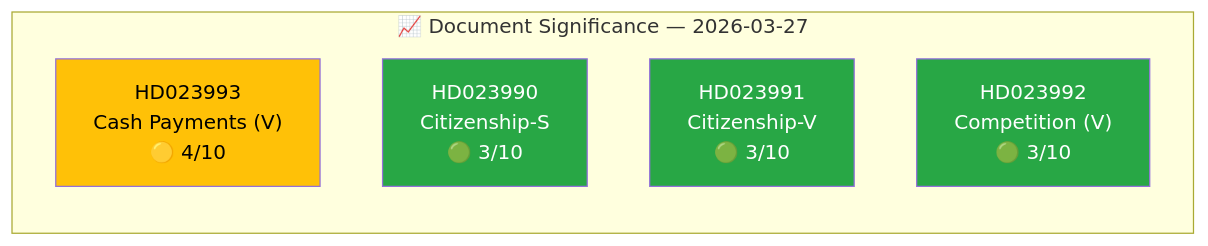
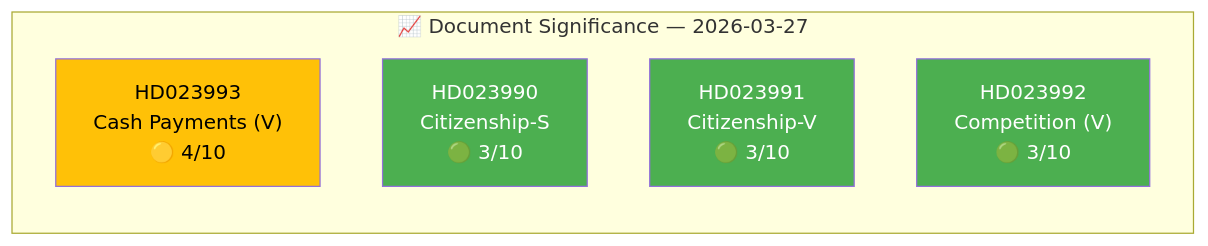
Before and after one commit to Hack23/riksdagsmonitor: the diagram in analysis/daily/2026-03-27/motions/significance-scoring.md, drawn with Mermaid. The commit also changed 785 other files, not shown here.

First line of the commit message:
Normalize mermaid colors across 786 analysis artifacts to ISMS Style Guide palette

````diff
--- a/analysis/daily/2026-03-27/motions/significance-scoring.md
+++ b/analysis/daily/2026-03-27/motions/significance-scoring.md
@@ -18,14 +18,14 @@
 ```mermaid
 graph LR
     subgraph "📈 Document Significance — 2026-03-27"
         D1["HD023993<br/>Cash Payments (V)<br/>🟡 4/10"]
         D2["HD023990<br/>Citizenship-S<br/>🟢 3/10"]
         D3["HD023991<br/>Citizenship-V<br/>🟢 3/10"]
         D4["HD023992<br/>Competition (V)<br/>🟢 3/10"]
     end
 
-    style D1 fill:#ffc107,color:#000
-    style D2 fill:#28a745,color:#fff
-    style D3 fill:#28a745,color:#fff
-    style D4 fill:#28a745,color:#fff
+    style D1 fill:#FFC107,color:#000000
+    style D2 fill:#4CAF50,color:#FFFFFF
+    style D3 fill:#4CAF50,color:#FFFFFF
+    style D4 fill:#4CAF50,color:#FFFFFF
 ```
````
